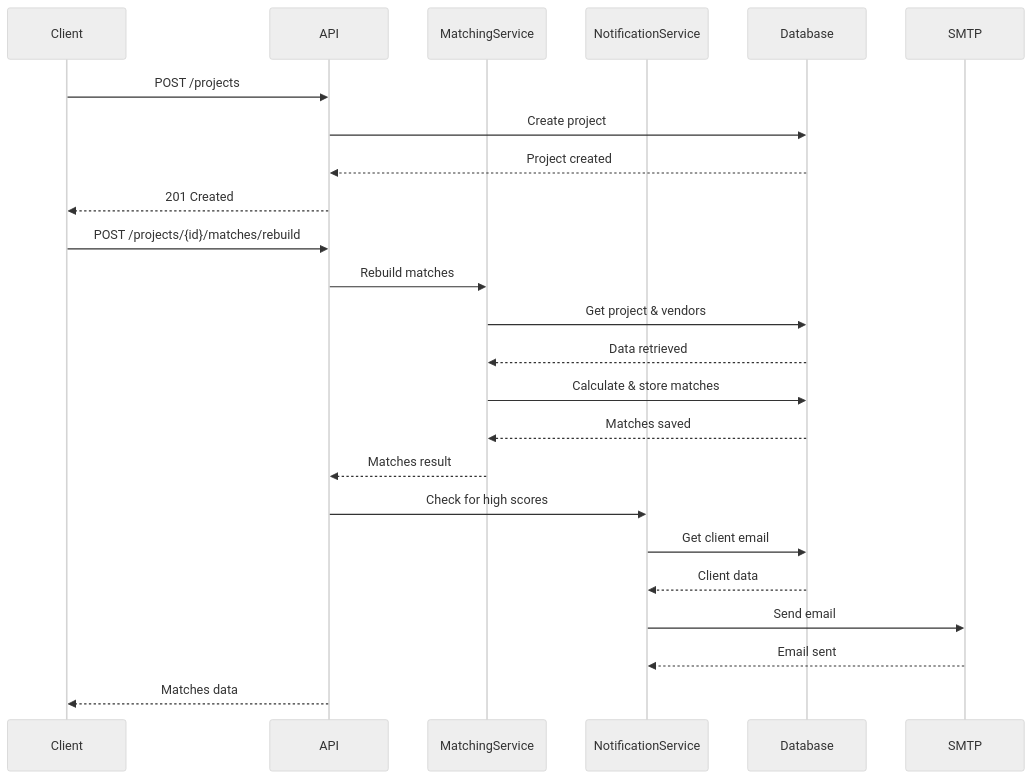
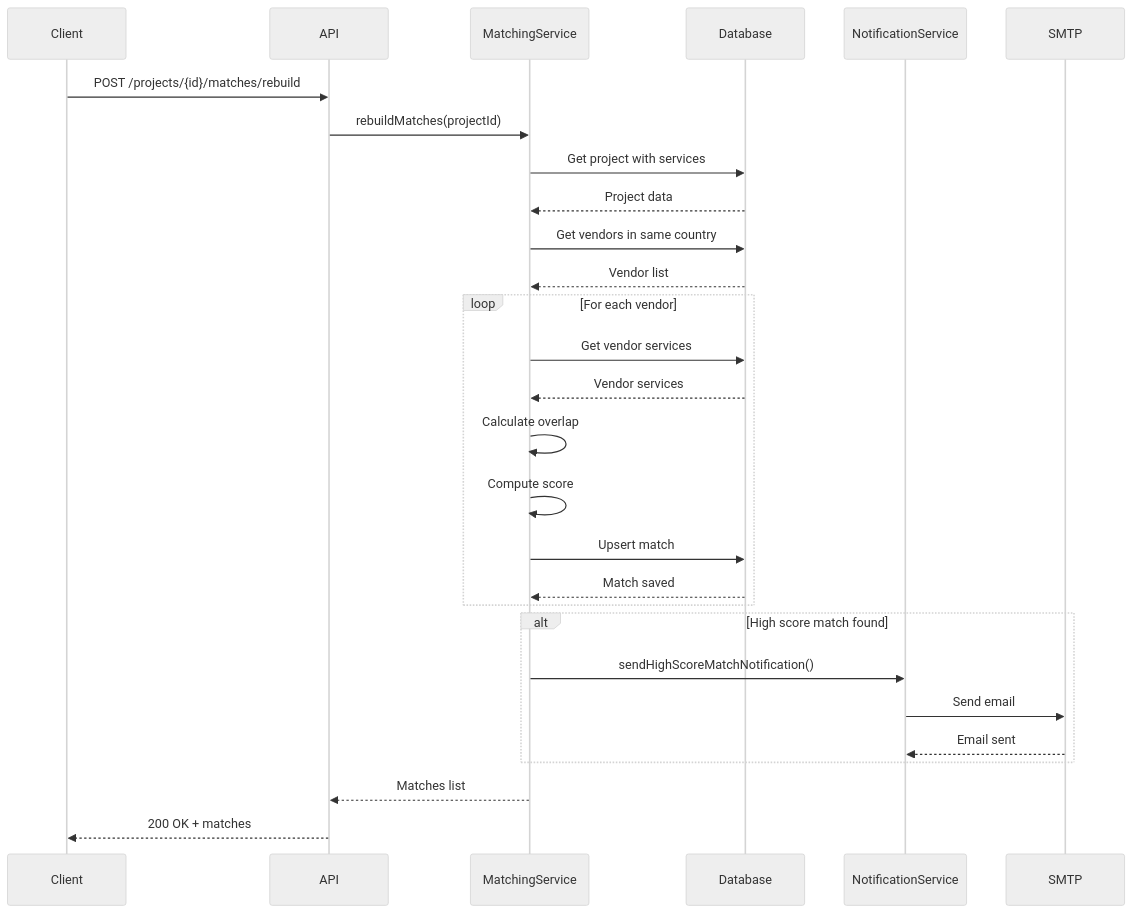
Before and after one commit to h4775346/expansion-management-api: the fifth of 7 diagrams in docs/SYSTEM_DESIGN.md, drawn with Mermaid (neutral theme). The commit also changed other lines of this file and 9 other files, not shown here.

````diff
--- a/docs/SYSTEM_DESIGN.md
+++ b/docs/SYSTEM_DESIGN.md
@@ -120,27 +188,30 @@
 ```mermaid
 sequenceDiagram
     participant Client
     participant API
     participant MatchingService
+    participant Database
     participant NotificationService
-    participant Database
-    
-    Client->>API: POST /projects
-    API->>Database: Create project
-    Database-->>API: Project created
-    API-->>Client: 201 Created
-    
+
     Client->>API: POST /projects/{id}/matches/rebuild
-    API->>MatchingService: Rebuild matches
-    MatchingService->>Database: Get project & vendors
-    Database-->>MatchingService: Data retrieved
-    MatchingService->>Database: Calculate & store matches
-    Database-->>MatchingService: Matches saved
-    MatchingService-->>API: Matches result
-    API->>NotificationService: Check for high scores
-    NotificationService->>Database: Get client email
-    Database-->>NotificationService: Client data
-    NotificationService->>SMTP: Send email
-    SMTP-->>NotificationService: Email sent
-    API-->>Client: Matches data
+    API->>MatchingService: rebuildMatches(projectId)
+    MatchingService->>Database: Get project with services
+    Database-->>MatchingService: Project data
+    MatchingService->>Database: Get vendors in same country
+    Database-->>MatchingService: Vendor list
+    loop For each vendor
+        MatchingService->>Database: Get vendor services
+        Database-->>MatchingService: Vendor services
+        MatchingService->>MatchingService: Calculate overlap
+        MatchingService->>MatchingService: Compute score
+        MatchingService->>Database: Upsert match
+        Database-->>MatchingService: Match saved
+    end
+    alt High score match found
+        MatchingService->>NotificationService: sendHighScoreMatchNotification()
+        NotificationService->>SMTP: Send email
+        SMTP-->>NotificationService: Email sent
+    end
+    MatchingService-->>API: Matches list
+    API-->>Client: 200 OK + matches
 ```
````
